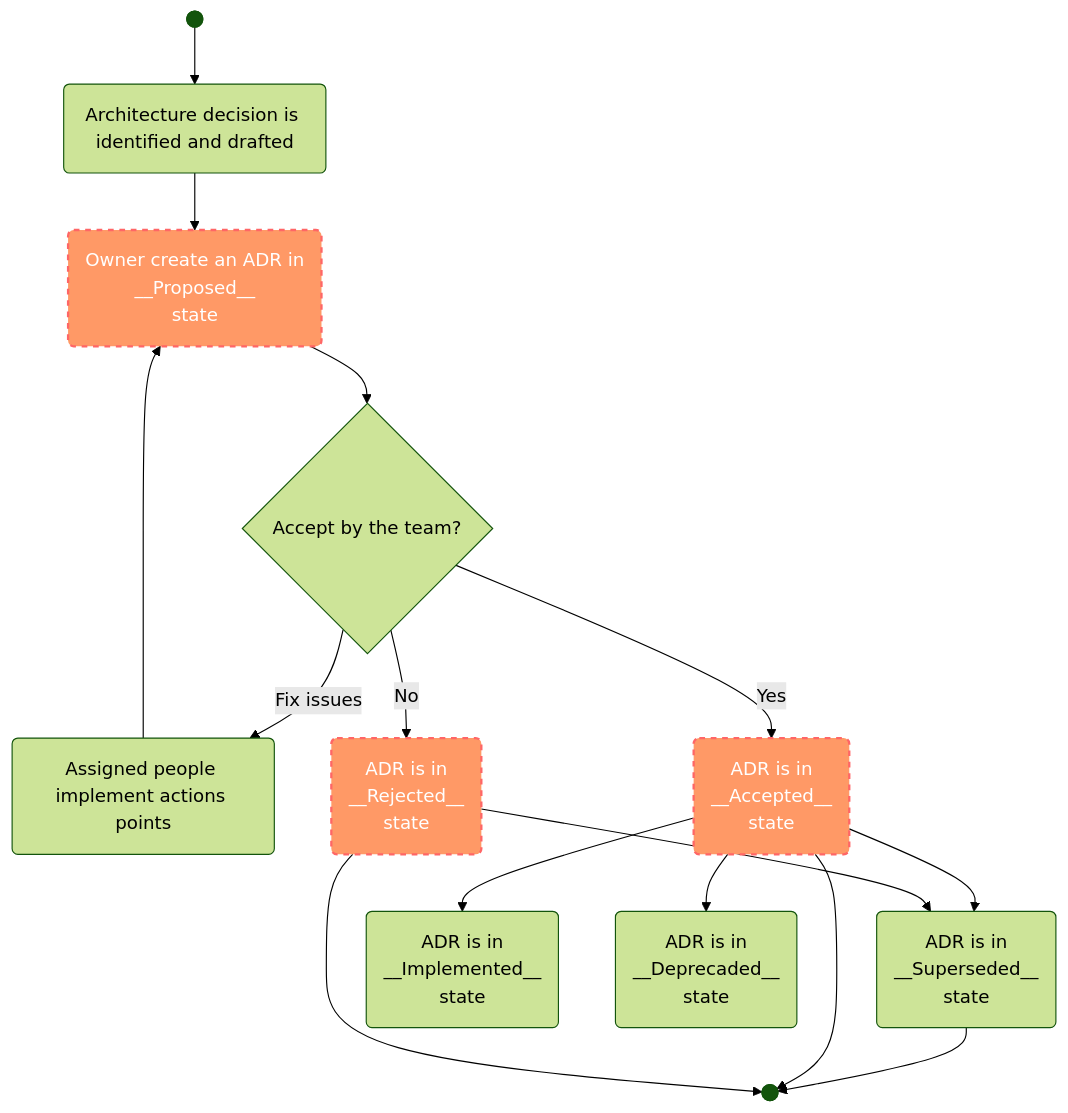
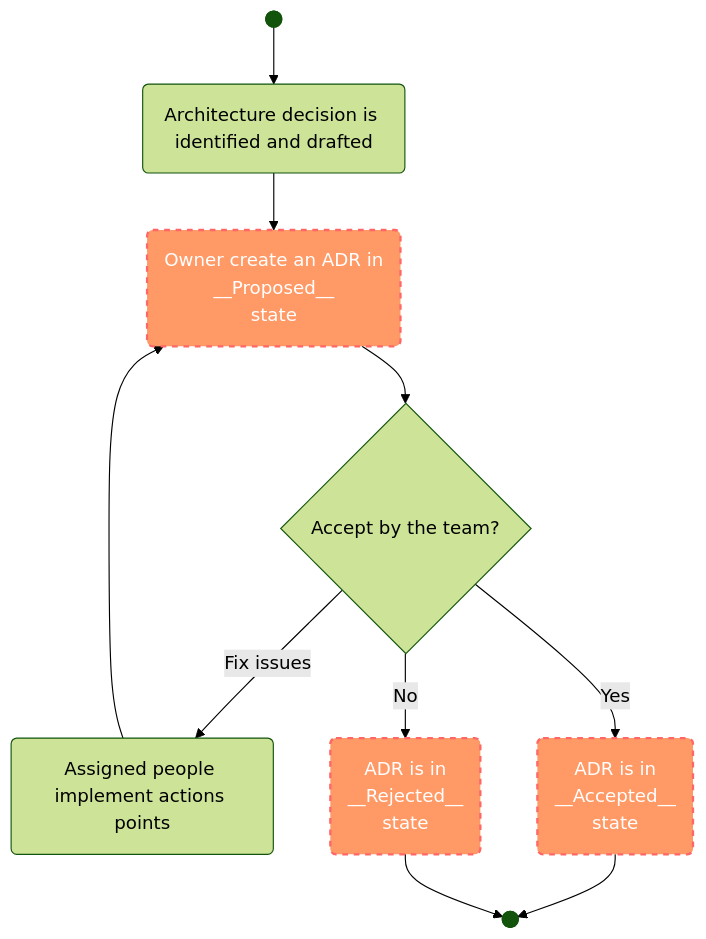
One commit to rossbachp/DeciCollab changed the third of 3 diagrams in presentations/introduction/adr-introduction.md. Above: the diagram before and after it, drawn with Mermaid (forest theme). The commit also changed other lines of this file and 5 other files, not shown here.

````diff
--- a/presentations/introduction/adr-introduction.md
+++ b/presentations/introduction/adr-introduction.md
@@ -95,21 +96,16 @@
 ```mermaid +render
 flowchart TD
 
 A1@{ shape: f-circ, label: "Start" } --> A2(Architecture decision is identified and drafted)
 A2 --> A3(Owner create an ADR in<br/>__Proposed__<br/>state)
 A4(Assigned people implement actions points) --> A3
 A3 --> A5{Accept by the team?}
 A5 -- Fix issues --> A4
 A5 -- Yes -->A6(ADR is in<br/>__Accepted__<br/>state)
 A5 -- No -->A7(ADR is in <br/>__Rejected__<br/>state)
-A6 -->A10(ADR is in<br/>__Superseded__<br/>state)
-A7 --> A10
-A10 --> A8
-A6 --> A11(ADR is in <br/>__Implemented__<br/>state)
-A6 --> A12(ADR is in <br/>__Deprecaded__<br/>state)
 A6 --> A8@{ shape: f-circ, label: "END" }
 A7 --> A8
 
 classDef state fill:#f96,stroke:#f66,stroke-width:2px,color:#fff,stroke-dasharray: 5 5
 class A3,A6,A7 state;
 ```
````
